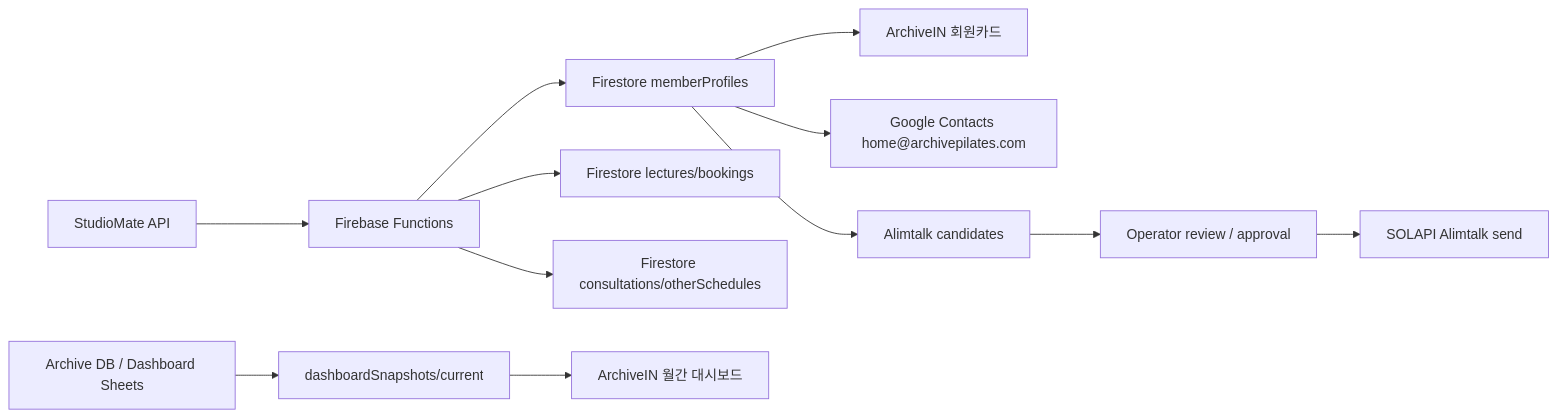
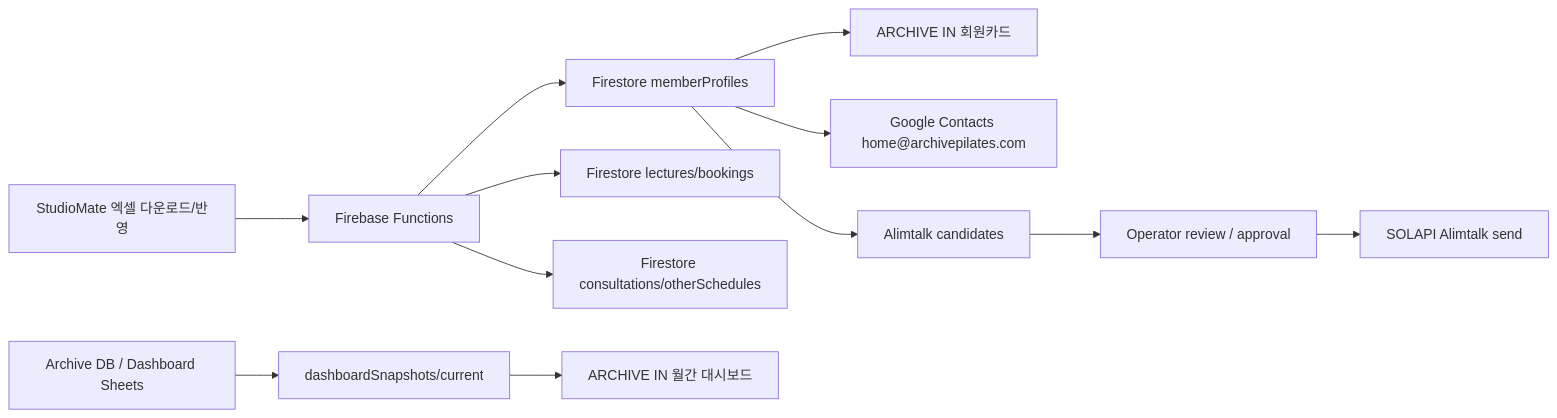
The diagram in docs/archivein-macmini-migration.md (archivepilates/archive), drawn with Mermaid before and after one commit. The commit also changed other lines of this file and 6 other files, not shown here.

````diff
--- a/docs/archivein-macmini-migration.md
+++ b/docs/archivein-macmini-migration.md
@@ -193,14 +193,14 @@
 ```mermaid
 flowchart LR
-  A["StudioMate API"] --> B["Firebase Functions"]
+  A["StudioMate 엑셀 다운로드/반영"] --> B["Firebase Functions"]
   B --> C["Firestore memberProfiles"]
   B --> D["Firestore lectures/bookings"]
   B --> E["Firestore consultations/otherSchedules"]
-  C --> F["ArchiveIN 회원카드"]
+  C --> F["ARCHIVE IN 회원카드"]
   C --> G["Google Contacts home@archivepilates.com"]
   C --> H["Alimtalk candidates"]
   H --> I["Operator review / approval"]
   I --> J["SOLAPI Alimtalk send"]
   K["Archive DB / Dashboard Sheets"] --> L["dashboardSnapshots/current"]
-  L --> M["ArchiveIN 월간 대시보드"]
+  L --> M["ARCHIVE IN 월간 대시보드"]
 ```
````
